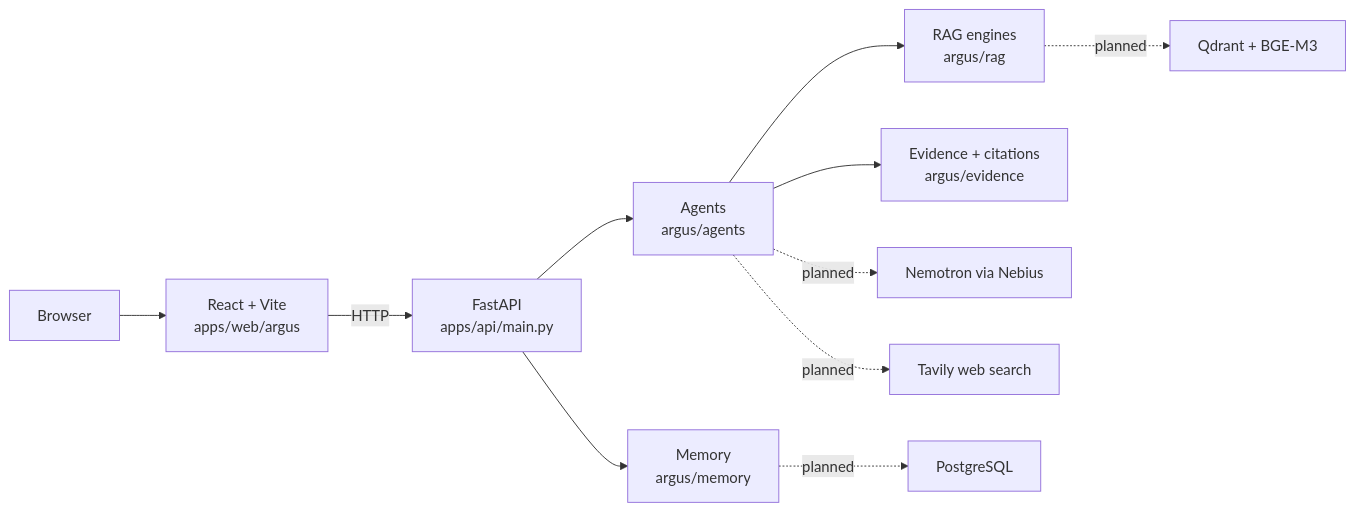
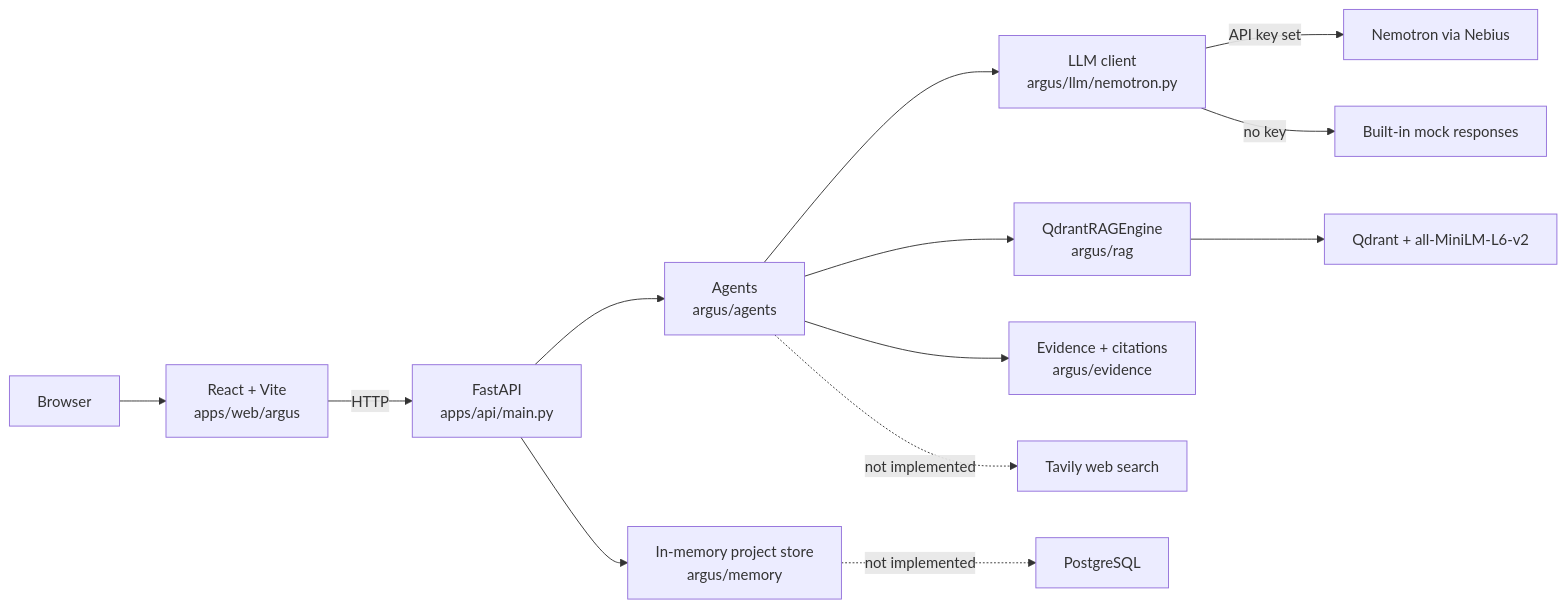
Before and after one commit to ria0304/ARGUS-Your-idea-Under-scrutiny: the second of 2 diagrams in README.md, drawn with Mermaid. The commit also changed other lines of this file, not shown here.

````diff
--- a/README.md
+++ b/README.md
@@ -97,13 +106,15 @@
 ```mermaid
 flowchart LR
     U["Browser"] --> W["React + Vite<br/>apps/web/argus"]
     W -->|"HTTP"| API["FastAPI<br/>apps/api/main.py"]
     API --> AG["Agents<br/>argus/agents"]
-    API --> MEM["Memory<br/>argus/memory"]
-    AG --> RAG["RAG engines<br/>argus/rag"]
+    AG --> LLM["LLM client<br/>argus/llm/nemotron.py"]
+    LLM -->|"API key set"| N["Nemotron via Nebius"]
+    LLM -->|"no key"| M["Built-in mock responses"]
+    AG --> RAG["QdrantRAGEngine<br/>argus/rag"]
+    RAG --> Q["Qdrant + all-MiniLM-L6-v2"]
     AG --> EV["Evidence + citations<br/>argus/evidence"]
-    AG -.->|"planned"| LLM["Nemotron via Nebius"]
-    RAG -.->|"planned"| Q["Qdrant + BGE-M3"]
-    AG -.->|"planned"| T["Tavily web search"]
-    MEM -.->|"planned"| PG["PostgreSQL"]
+    API --> MEM["In-memory project store<br/>argus/memory"]
+    AG -.->|"not implemented"| T["Tavily web search"]
+    MEM -.->|"not implemented"| PG["PostgreSQL"]
 ```
````
